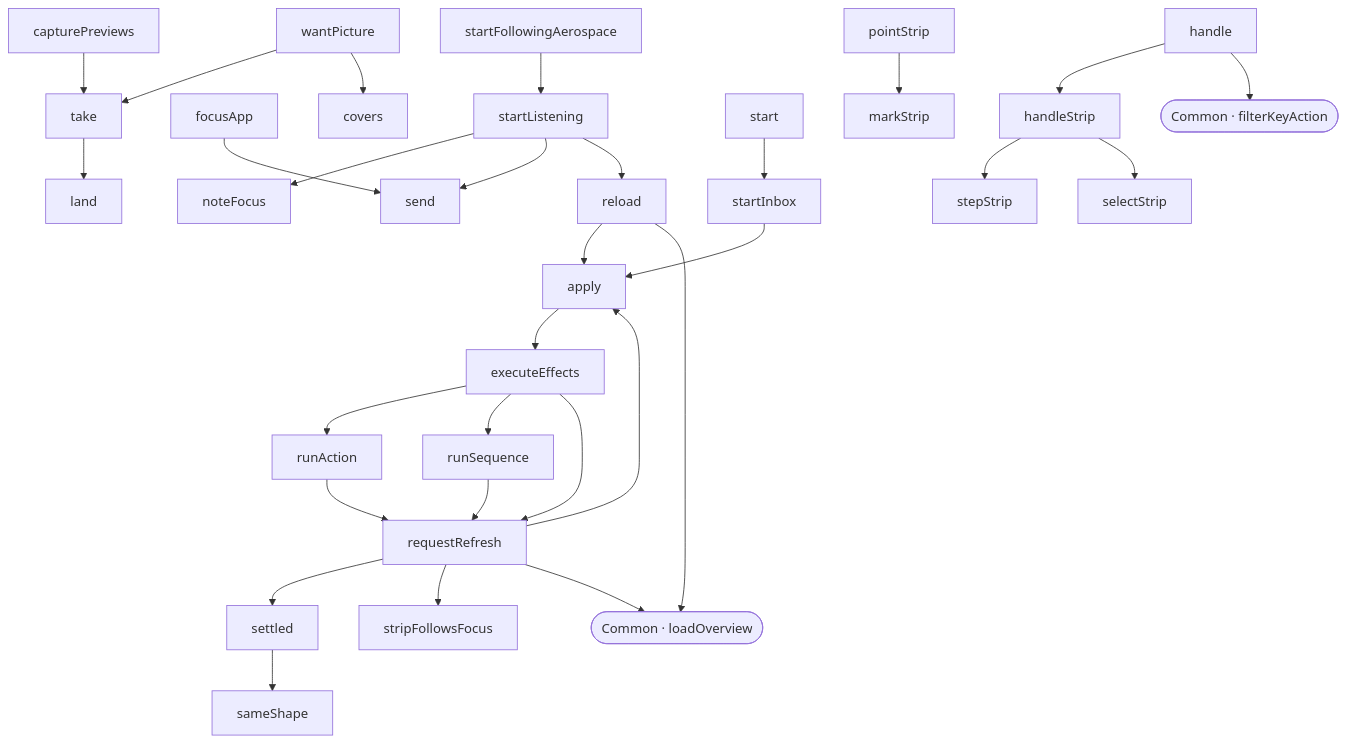
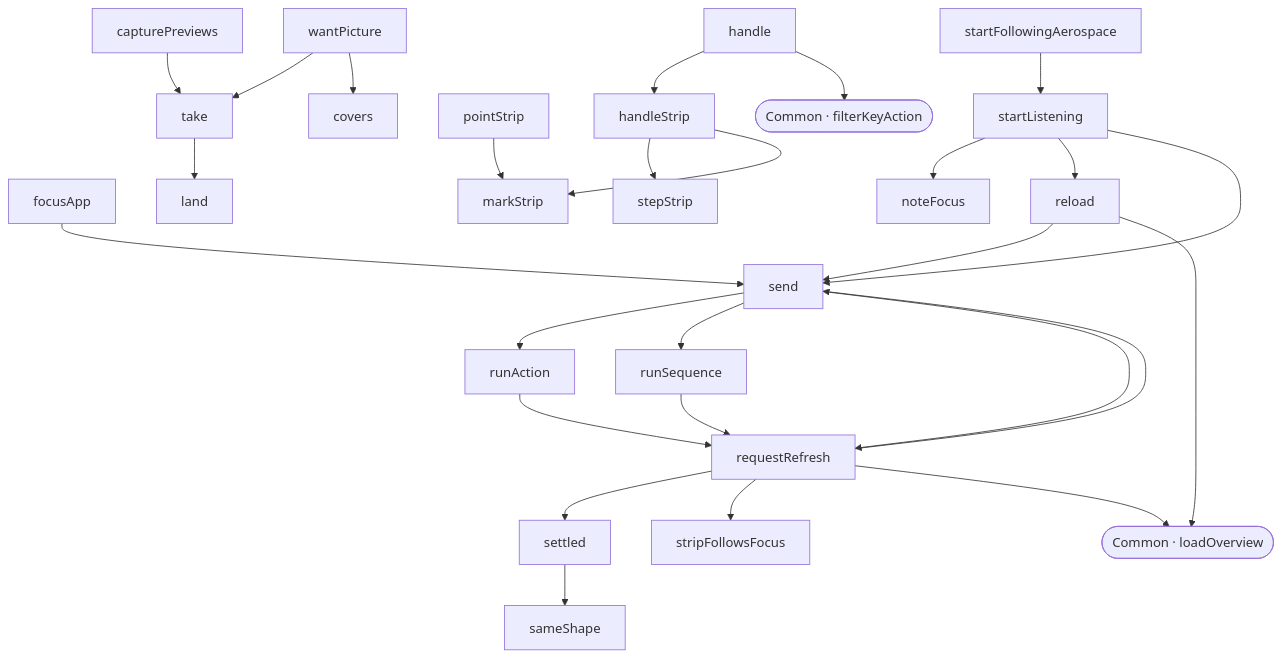
Before and after one commit to kim-raaschou/AeroControl: the fourth of 5 diagrams in docs/architecture.md, drawn with Mermaid. The commit also changed other lines of this file and 8 other files, not shown here.

First line of the commit message:
One entrance to the store: the inbox goes, send applies at once

````diff
--- a/docs/architecture.md
+++ b/docs/architecture.md
@@ -212,61 +212,53 @@
 ```mermaid
 flowchart TD
-    s_apply["apply"]
     s_capturePreviews["capturePreviews"]
     s_covers["covers"]
-    s_executeEffects["executeEffects"]
     s_focusApp["focusApp"]
     s_handle["handle"]
     s_handleStrip["handleStrip"]
     s_land["land"]
     s_markStrip["markStrip"]
     s_noteFocus["noteFocus"]
     s_pointStrip["pointStrip"]
     s_reload["reload"]
     s_requestRefresh["requestRefresh"]
     s_runAction["runAction"]
     s_runSequence["runSequence"]
     s_sameShape["sameShape"]
-    s_selectStrip["selectStrip"]
     s_send["send"]
     s_settled["settled"]
-    s_start["start"]
     s_startFollowingAerospace["startFollowingAerospace"]
-    s_startInbox["startInbox"]
     s_startListening["startListening"]
     s_stepStrip["stepStrip"]
     s_stripFollowsFocus["stripFollowsFocus"]
     s_take["take"]
     s_wantPicture["wantPicture"]
     c_loadOverview(["Common · loadOverview"])
     c_filterKeyAction(["Common · filterKeyAction"])
-    s_apply --> s_executeEffects
     s_capturePreviews --> s_take
-    s_executeEffects --> s_runAction
-    s_executeEffects --> s_runSequence
-    s_executeEffects --> s_requestRefresh
     s_focusApp --> s_send
     s_handle --> s_handleStrip
     s_handle --> c_filterKeyAction
     s_handleStrip --> s_stepStrip
-    s_handleStrip --> s_selectStrip
+    s_handleStrip --> s_markStrip
     s_pointStrip --> s_markStrip
-    s_reload --> s_apply
+    s_reload --> s_send
     s_reload --> c_loadOverview
-    s_requestRefresh --> s_apply
+    s_requestRefresh --> s_send
     s_requestRefresh --> s_settled
     s_requestRefresh --> s_stripFollowsFocus
     s_requestRefresh --> c_loadOverview
     s_runAction --> s_requestRefresh
     s_runSequence --> s_requestRefresh
+    s_send --> s_runAction
+    s_send --> s_runSequence
+    s_send --> s_requestRefresh
     s_settled --> s_sameShape
-    s_start --> s_startInbox
     s_startFollowingAerospace --> s_startListening
-    s_startInbox --> s_apply
     s_startListening --> s_noteFocus
+    s_startListening --> s_reload
     s_startListening --> s_send
-    s_startListening --> s_reload
     s_take --> s_land
     s_wantPicture --> s_take
     s_wantPicture --> s_covers
 ```
````
